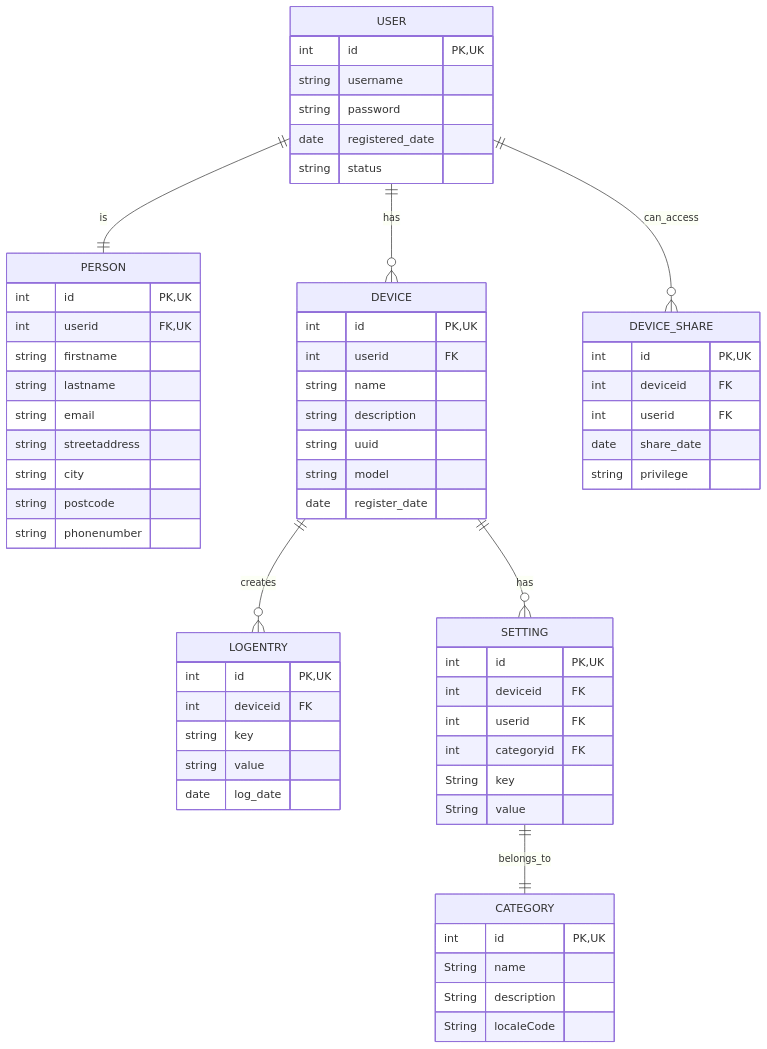
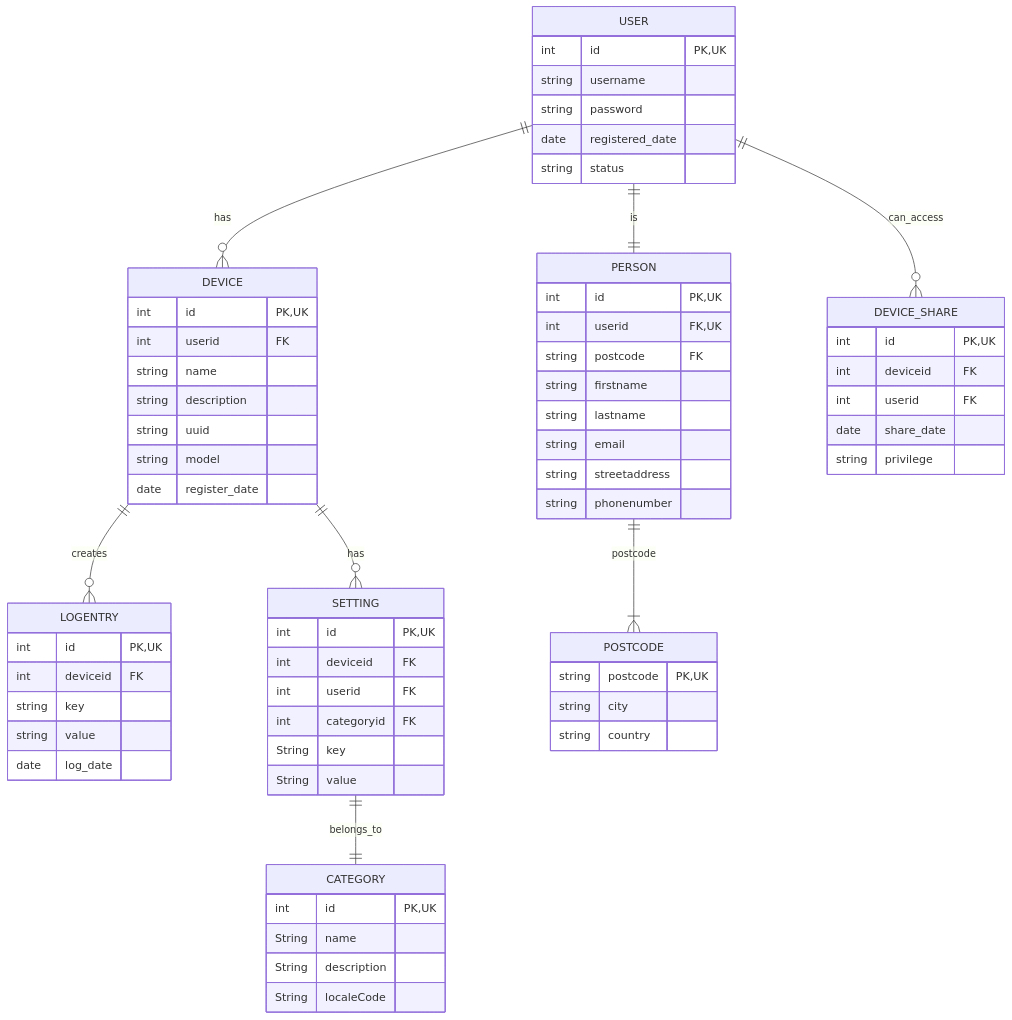
Before and after one commit to 0x6A4B/OTP1: the diagram in db.md, drawn with Mermaid.

Commit message:
postcode table

````diff
--- a/db.md
+++ b/db.md
@@ -1,72 +1,78 @@
 ```mermaid
 
 erDiagram
     USER 1--1 PERSON : is
     USER 1--0+ DEVICE : has
     DEVICE 1--0+ LOGENTRY : creates
     USER 1--0+ DEVICE_SHARE : can_access
     DEVICE 1--0+ SETTING : has
     SETTING 1--1 CATEGORY : belongs_to
+    PERSON 1--1+ POSTCODE : postcode
 
     USER {
         int id PK,UK
         string username
         string password
         date registered_date
         string status
     }
 
     PERSON {
         int id PK,UK
         int userid FK,UK
+        string postcode FK
         string firstname
         string lastname
         string email
         string streetaddress
+        string phonenumber
+    }
+
+    POSTCODE {
+        string postcode PK,UK
         string city
-        string postcode
-        string phonenumber
+        string country
     }
 
     DEVICE {
         int id PK,UK
         int userid FK 
         string name
         string description
         string uuid
         string model
         date register_date
     }
 
     LOGENTRY {
         int id PK,UK
         int deviceid FK
         string key
         string value
         date log_date
     }
 
     DEVICE_SHARE {
         int id PK,UK
         int deviceid FK
         int userid FK
         date share_date
         string privilege
     }
 
     SETTING {
         int id PK,UK
         int deviceid FK
         int userid FK
         int categoryid FK
         String key
         String value
     }
 
     CATEGORY {
         int id PK,UK
         String name
         String description
         String localeCode
     }
 ```
````
